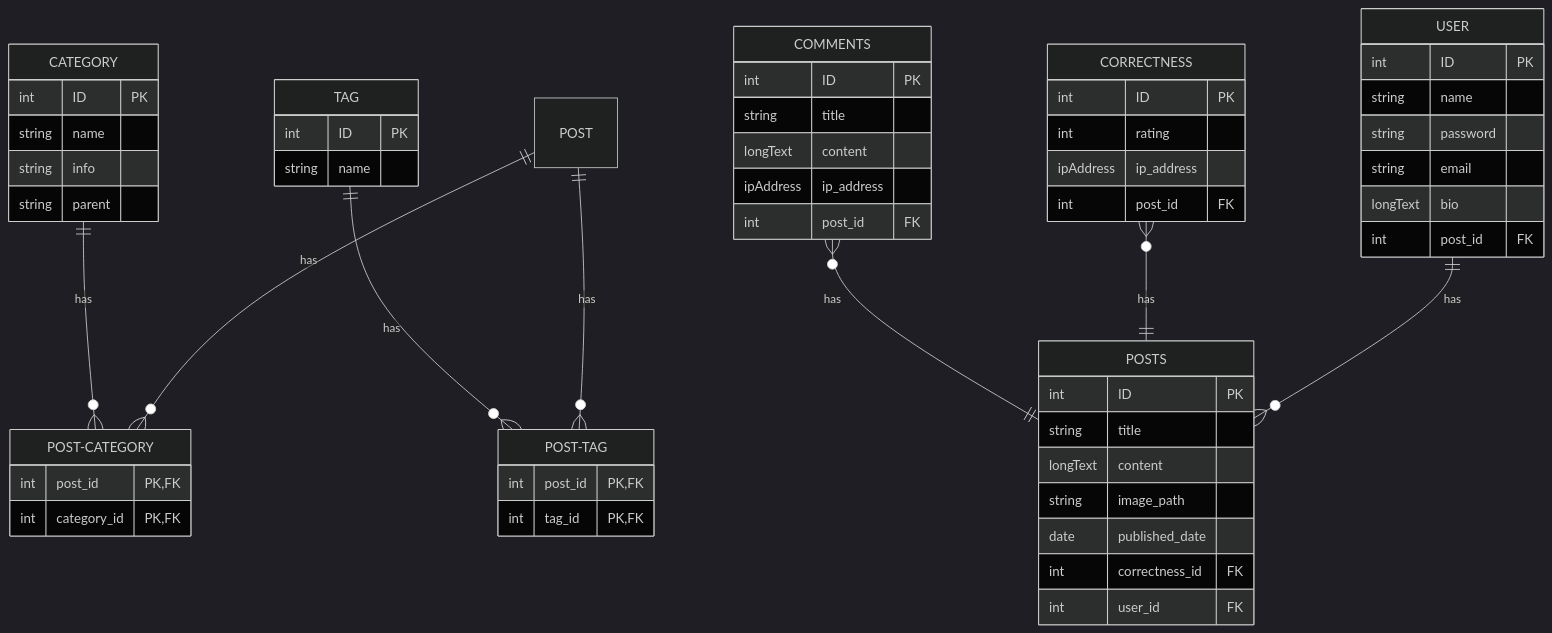
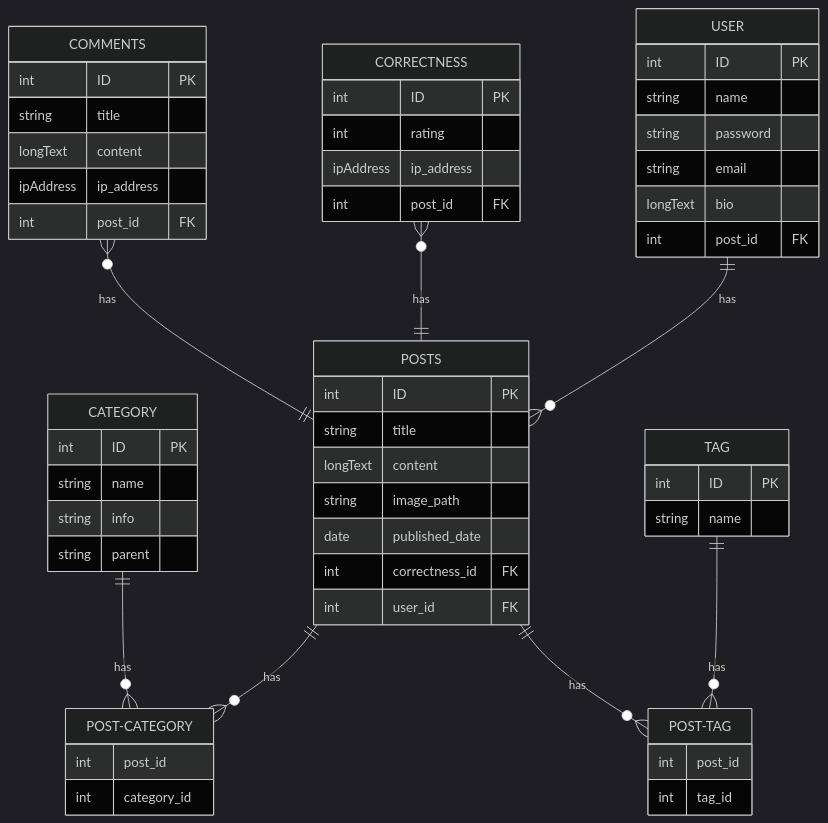
The diagram in Web Applications/Strings App.md (sd4483/Obsidian), drawn with Mermaid (dark theme) before and after one commit. The commit also changed 1 other file, not shown here.

Commit message:
vault backup: 2023-03-05 10:37:56

````diff
--- a/Web Applications/Strings App.md
+++ b/Web Applications/Strings App.md
@@ -46,58 +46,58 @@
 ```mermaid
 erDiagram
 	CATEGORY {
 		int ID PK
 		string name
 		string info
 		string parent
 	}
 	POSTS {
 		int ID PK
 		string title
 		longText content
 		string image_path
 		date published_date
 		int correctness_id FK
 		int user_id FK
 	}
 	POST-CATEGORY {
-		int post_id PK, FK
-		int category_id PK, FK
+		int post_id
+		int category_id
 	}
 	TAG {
 		int ID PK
 		string name
 	}
 	POST-TAG {
-		int post_id PK, FK
-		int tag_id PK, FK
+		int post_id
+		int tag_id
 	}
 	COMMENTS {
 		int ID PK
 		string title
 		longText content
 		ipAddress ip_address
 		int post_id FK
 	}
 	CORRECTNESS {
 		int ID PK
 		int rating
 		ipAddress ip_address
 		int post_id FK
 	}
 	USER {
 		int ID PK
 		string name
 		string password
 		string email
 		longText bio
 		int post_id FK
 	}
 	CATEGORY ||--o{ POST-CATEGORY : has
-	POST ||--o{ POST-CATEGORY : has
+	POSTS ||--o{ POST-CATEGORY : has
 	TAG ||--o{ POST-TAG : has
-	POST ||--o{ POST-TAG : has
+	POSTS ||--o{ POST-TAG : has
 	COMMENTS }o--|| POSTS : has
 	CORRECTNESS }o--|| POSTS : has
 	USER ||--o{ POSTS : has
 ```
````
